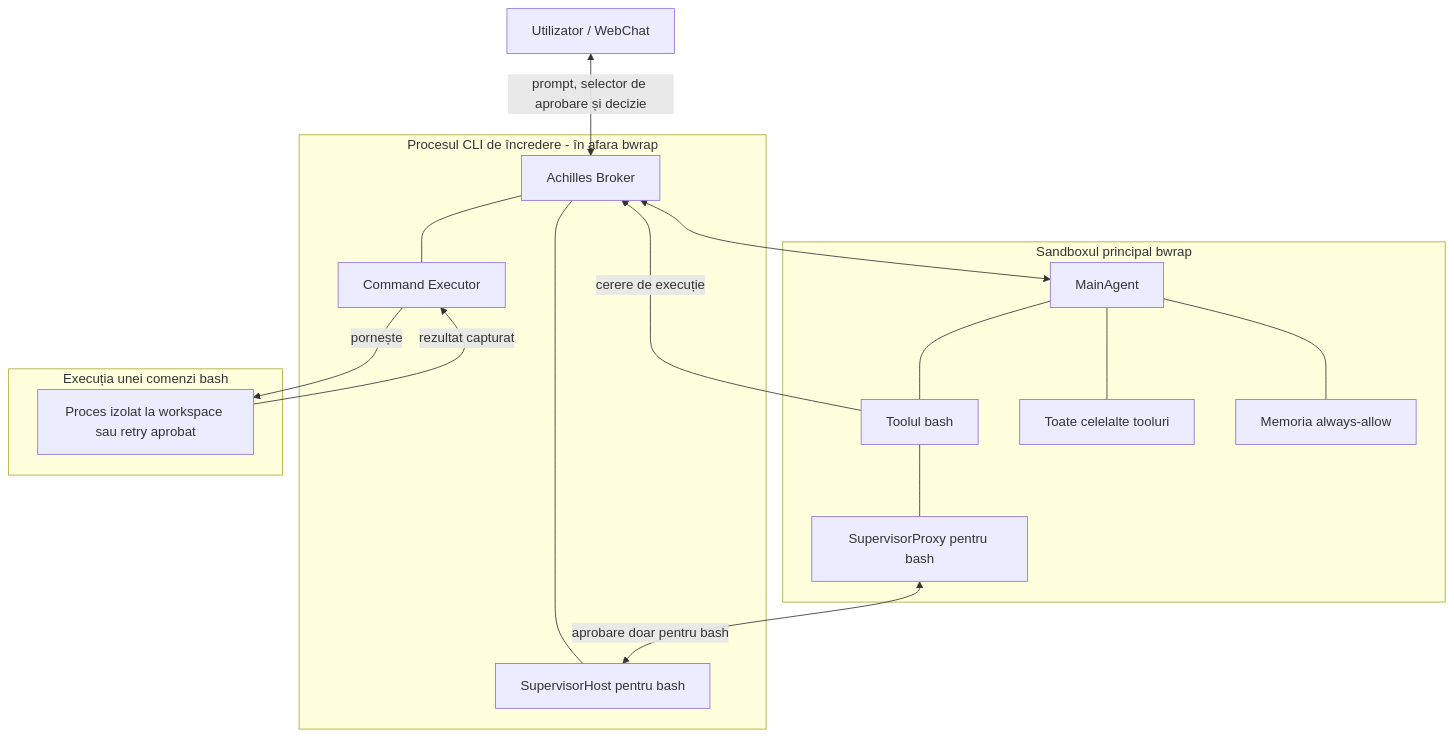
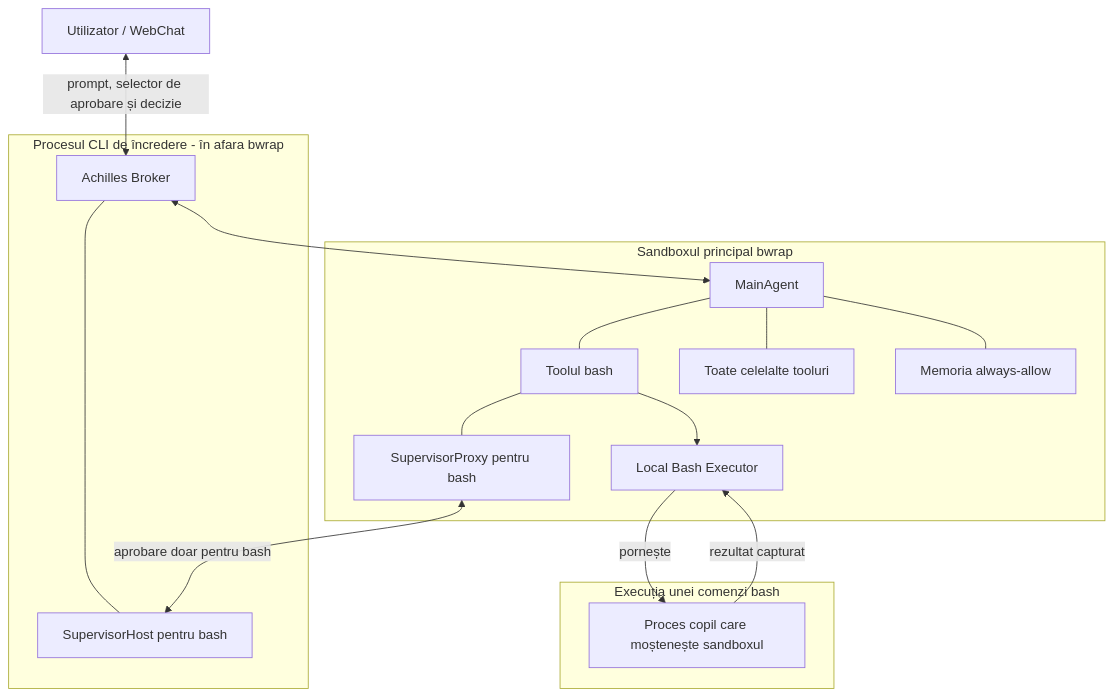
Before and after one commit to AssistOS-AI/AchillesCLI: the diagram in achilles-cli/ARCHITECTURE.md, drawn with Mermaid. The commit also changed other lines of this file and 27 other files, not shown here.

````diff
--- a/achilles-cli/ARCHITECTURE.md
+++ b/achilles-cli/ARCHITECTURE.md
@@ -17,35 +17,34 @@
 ```mermaid
 flowchart TB
     U[Utilizator / WebChat]
 
     subgraph H[Procesul CLI de încredere - în afara bwrap]
         B[Achilles Broker]
         S[SupervisorHost pentru bash]
-        E[Command Executor]
         B --- S
-        B --- E
     end
 
     subgraph A[Sandboxul principal bwrap]
         M[MainAgent]
         P[SupervisorProxy pentru bash]
         K[Toolul bash]
+        E[Local Bash Executor]
         O[Toate celelalte tooluri]
         C[Memoria always-allow]
         M --- K
         M --- O
         M --- C
         K --- P
+        K --> E
     end
 
     subgraph X[Execuția unei comenzi bash]
-        R[Proces izolat la workspace sau retry aprobat]
+        R[Proces copil care moștenește sandboxul]
     end
 
     U <-->|prompt, selector de aprobare și decizie| B
     B <--> M
     P <-->|aprobare doar pentru bash| S
-    K -->|cerere de execuție| B
     E -->|pornește| R
     R -->|rezultat capturat| E
 ```
````
